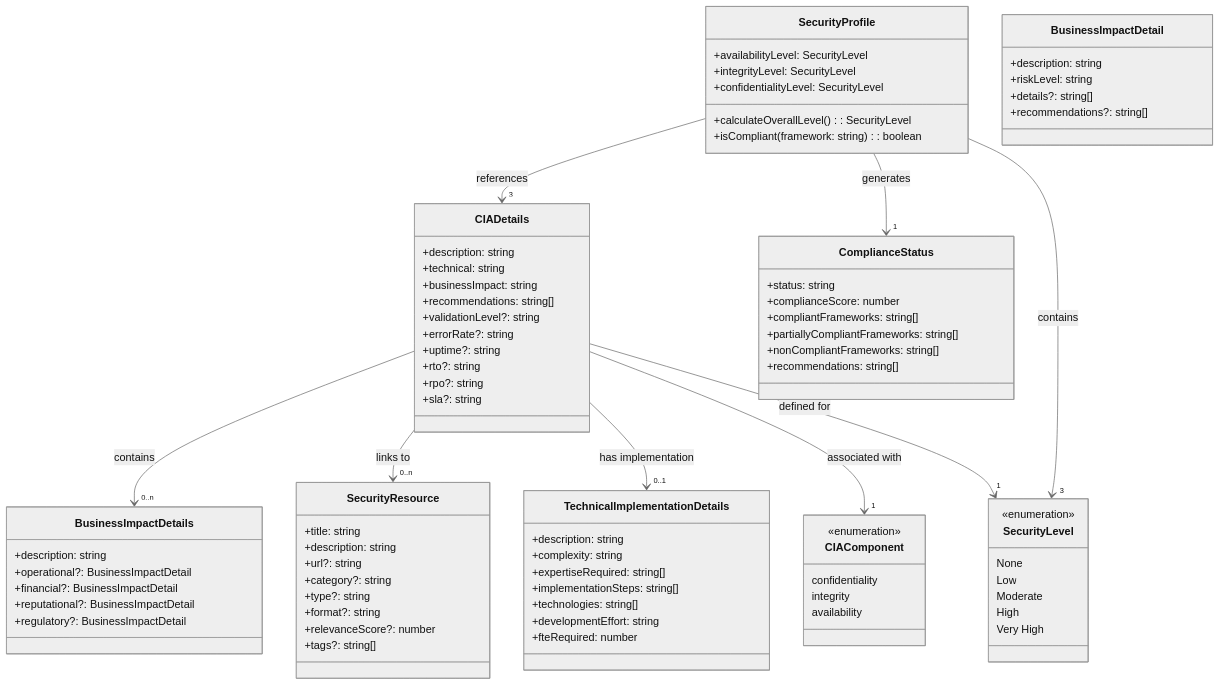
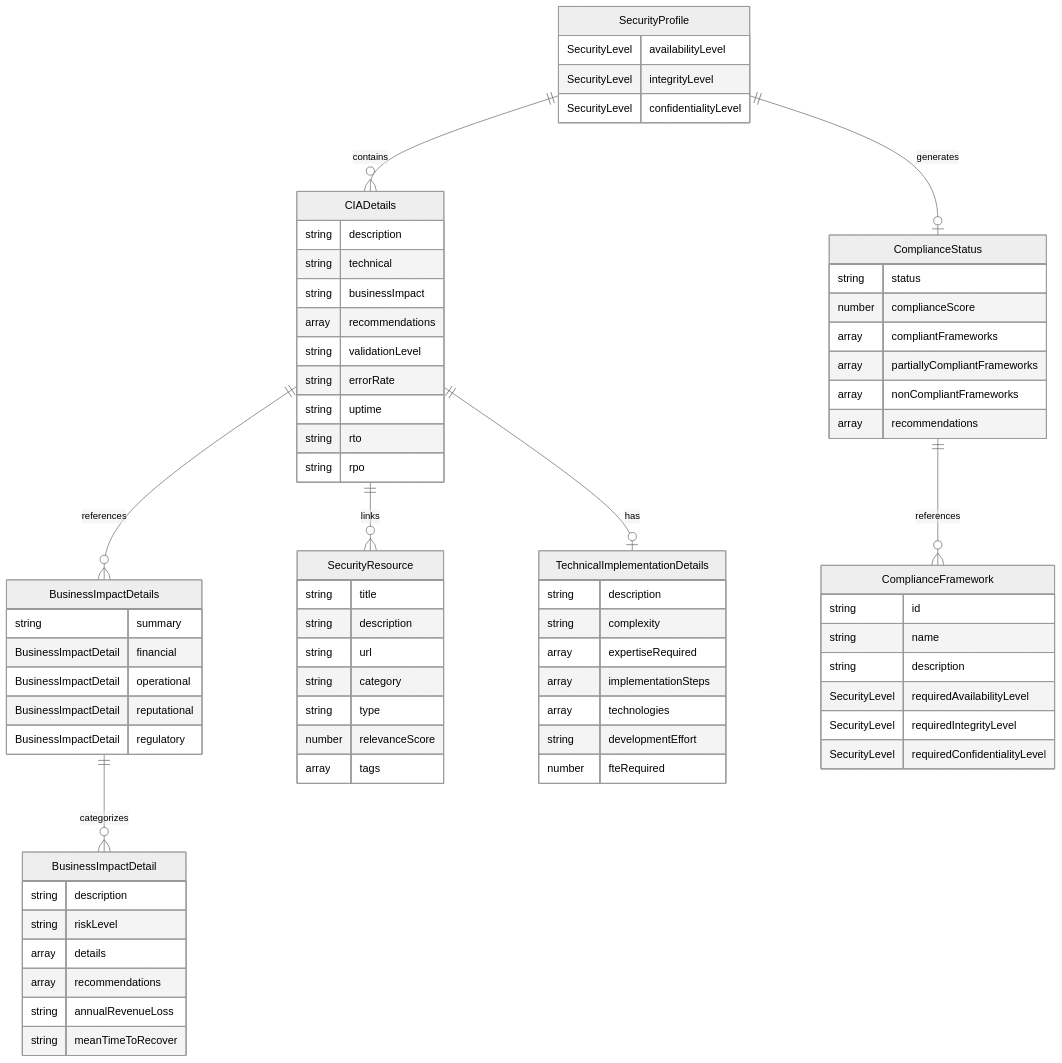
Before and after one commit to Hack23/cia-compliance-manager: the first of 6 diagrams in docs/architecture/DATA_MODEL.md, drawn with Mermaid (neutral theme). The commit also changed other lines of this file and 1 other file, not shown here.

First line of the commit message:
docs: update DATA_MODEL.md with v1.0 type definitions and widget props (#713)

````diff
--- a/docs/architecture/DATA_MODEL.md
+++ b/docs/architecture/DATA_MODEL.md
@@ -24,94 +68,82 @@
 ```mermaid
-classDiagram
-    class SecurityProfile {
-        +availabilityLevel: SecurityLevel
-        +integrityLevel: SecurityLevel
-        +confidentialityLevel: SecurityLevel
-        +calculateOverallLevel(): SecurityLevel
-        +isCompliant(framework: string): boolean
+erDiagram
+    SecurityProfile ||--o{ CIADetails : "contains"
+    SecurityProfile ||--o| ComplianceStatus : "generates"
+    SecurityProfile {
+        SecurityLevel availabilityLevel
+        SecurityLevel integrityLevel
+        SecurityLevel confidentialityLevel
     }
     
-    class CIADetails {
-        +description: string
-        +technical: string
-        +businessImpact: string
-        +recommendations: string[]
-        +validationLevel?: string
-        +errorRate?: string
-        +uptime?: string
-        +rto?: string
-        +rpo?: string
-        +sla?: string
+    CIADetails ||--o{ BusinessImpactDetails : "references"
+    CIADetails ||--o{ SecurityResource : "links"
+    CIADetails ||--o| TechnicalImplementationDetails : "has"
+    CIADetails {
+        string description
+        string technical
+        string businessImpact
+        array recommendations
+        string validationLevel
+        string errorRate
+        string uptime
+        string rto
+        string rpo
     }
     
-    class BusinessImpactDetails {
-        +description: string
-        +operational?: BusinessImpactDetail
-        +financial?: BusinessImpactDetail
-        +reputational?: BusinessImpactDetail
-        +regulatory?: BusinessImpactDetail
+    BusinessImpactDetails ||--o{ BusinessImpactDetail : "categorizes"
+    BusinessImpactDetails {
+        string summary
+        BusinessImpactDetail financial
+        BusinessImpactDetail operational
+        BusinessImpactDetail reputational
+        BusinessImpactDetail regulatory
     }
     
-    class BusinessImpactDetail {
-        +description: string
-        +riskLevel: string
-        +details?: string[]
-        +recommendations?: string[]
+    BusinessImpactDetail {
+        string description
+        string riskLevel
+        array details
+        array recommendations
+        string annualRevenueLoss
+        string meanTimeToRecover
     }
     
-    class ComplianceStatus {
-        +status: string
-        +complianceScore: number
-        +compliantFrameworks: string[]
-        +partiallyCompliantFrameworks: string[]
-        +nonCompliantFrameworks: string[]
-        +recommendations: string[]
+    ComplianceStatus ||--o{ ComplianceFramework : "references"
+    ComplianceStatus {
+        string status
+        number complianceScore
+        array compliantFrameworks
+        array partiallyCompliantFrameworks
+        array nonCompliantFrameworks
+        array recommendations
     }
     
-    class SecurityResource {
-        +title: string
-        +description: string
-        +url?: string
-        +category?: string
-        +type?: string
-        +format?: string
-        +relevanceScore?: number
-        +tags?: string[]
+    ComplianceFramework {
+        string id
+        string name
+        string description
+        SecurityLevel requiredAvailabilityLevel
+        SecurityLevel requiredIntegrityLevel
+        SecurityLevel requiredConfidentialityLevel
     }
     
-    class TechnicalImplementationDetails {
-        +description: string
-        +complexity: string
-        +expertiseRequired: string[]
-        +implementationSteps: string[]
-        +technologies: string[]
-        +developmentEffort: string
-        +fteRequired: number
+    SecurityResource {
+        string title
+        string description
+        string url
+        string category
+        string type
+        number relevanceScore
+        array tags
     }
     
-    SecurityProfile --> "3" CIADetails : references
-    SecurityProfile --> "1" ComplianceStatus : generates
-    CIADetails --> "0..n" BusinessImpactDetails : contains
-    CIADetails --> "0..n" SecurityResource : links to
-    CIADetails --> "0..1" TechnicalImplementationDetails : has implementation
-    
-    class SecurityLevel {
-        <<enumeration>>
-        None
-        Low
-        Moderate
-        High
-        Very High
+    TechnicalImplementationDetails {
+        string description
+        string complexity
+        array expertiseRequired
+        array implementationSteps
+        array technologies
+        string developmentEffort
+        number fteRequired
     }
-    
-    class CIAComponent {
-        <<enumeration>>
-        confidentiality
-        integrity
-        availability
-    }
-    
-    SecurityProfile --> "3" SecurityLevel : contains
-    CIADetails --> "1" CIAComponent : associated with
-    CIADetails --> "1" SecurityLevel : defined for
 ```
````
